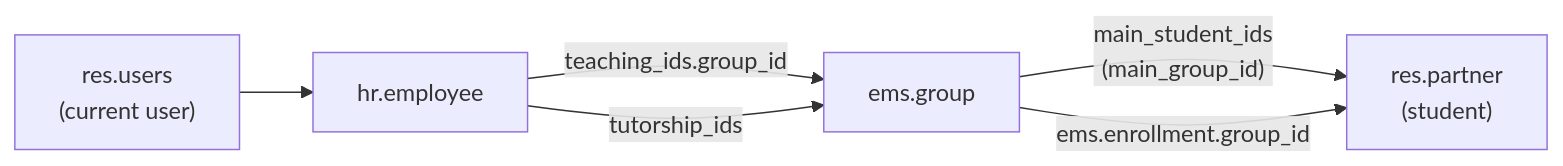
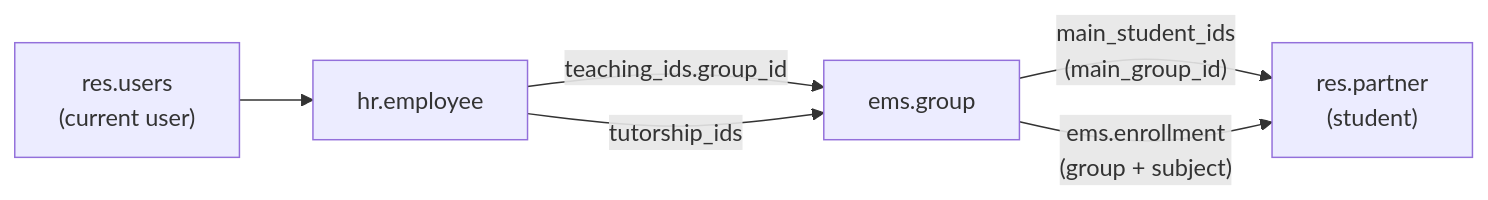
The second of 5 diagrams in docs/en/developers/contacts/contact.md (ElPuig/IMS), drawn with Mermaid before and after one commit. The commit also changed other lines of this file and 3 other files, not shown here.

First line of the commit message:
Students filter: match repeaters by taught subject, not just by group

````diff
--- a/docs/en/developers/contacts/contact.md
+++ b/docs/en/developers/contacts/contact.md
@@ -88,8 +88,8 @@
 ```mermaid
 flowchart LR
     U["res.users<br/>(current user)"] --> E["hr.employee"]
     E -->|"teaching_ids.group_id"| G["ems.group"]
     E -->|"tutorship_ids"| G
     G -->|"main_student_ids<br/>(main_group_id)"| S["res.partner<br/>(student)"]
-    G -->|"ems.enrollment.group_id"| S
+    G -->|"ems.enrollment<br/>(group + subject)"| S
 ```
````
